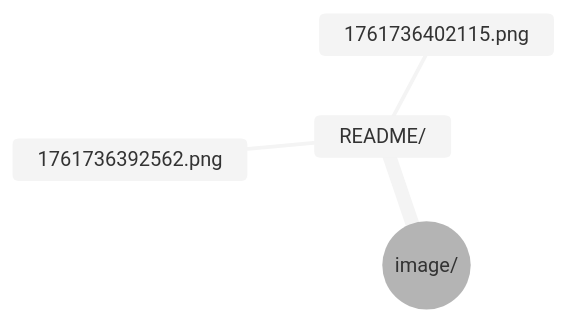
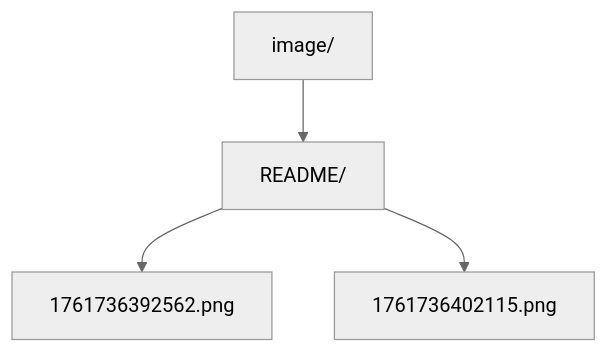
One commit to Runndownn/Omniforge changed the eighth of 14 diagrams in docs/Inventory/Omniforge-Inventory.md. Above: the diagram before and after it, drawn with Mermaid (neutral theme). The commit also changed other lines of this file and 5 other files, not shown here.

````diff
--- a/docs/Inventory/Omniforge-Inventory.md
+++ b/docs/Inventory/Omniforge-Inventory.md
@@ -309,7 +306,6 @@
 ```mermaid
-mindmap
-    root((image/))
-        README/
-            1761736392562.png
-            1761736402115.png
+flowchart TD
+    IMG[image/] --> IMG_README[README/]
+    IMG_README --> IMG_1[1761736392562.png]
+    IMG_README --> IMG_2[1761736402115.png]
 ```
````
